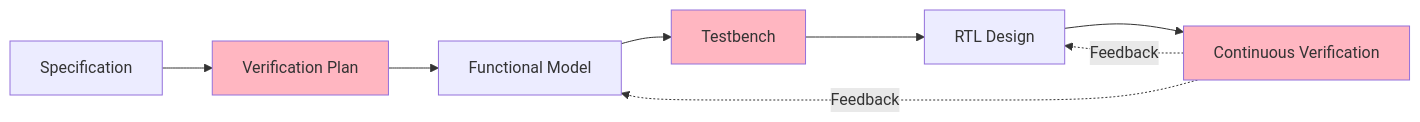
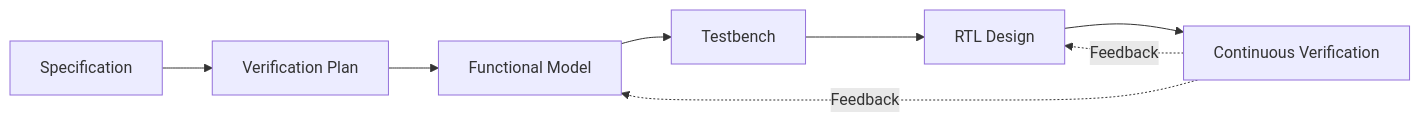
One commit to Ebiinesh/from-rtl-to-silicon-week-2 changed diagram 28 of 29 in Part1/README1.md. Above: the diagram before and after it, drawn with Mermaid.

````diff
--- a/Part1/README1.md
+++ b/Part1/README1.md
@@ -1202,15 +1202,12 @@
 ```mermaid
 graph LR
     A[Specification] --> B[Verification Plan]
     B --> C[Functional Model]
     C --> D[Testbench]
     D --> E[RTL Design]
     E --> F[Continuous Verification]
     
     F -.Feedback.-> E
     F -.Feedback.-> C
     
-    style B fill:#FFB6C1
-    style D fill:#FFB6C1
-    style F fill:#FFB6C1
 ```
````
